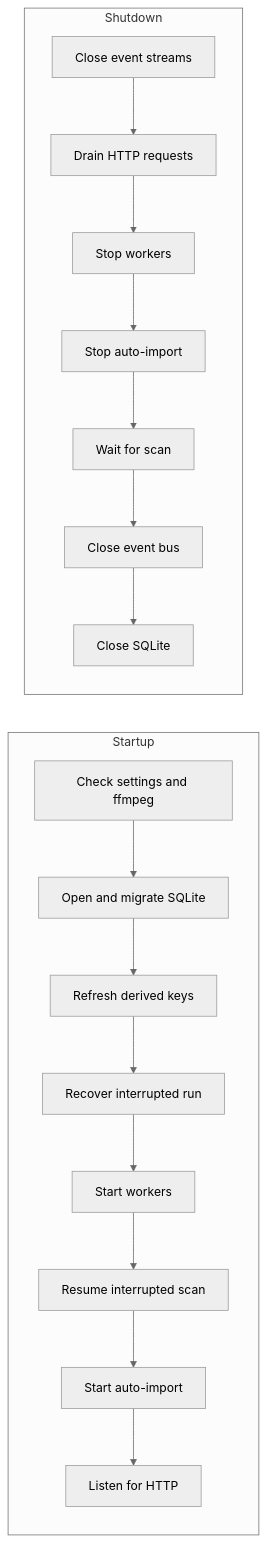
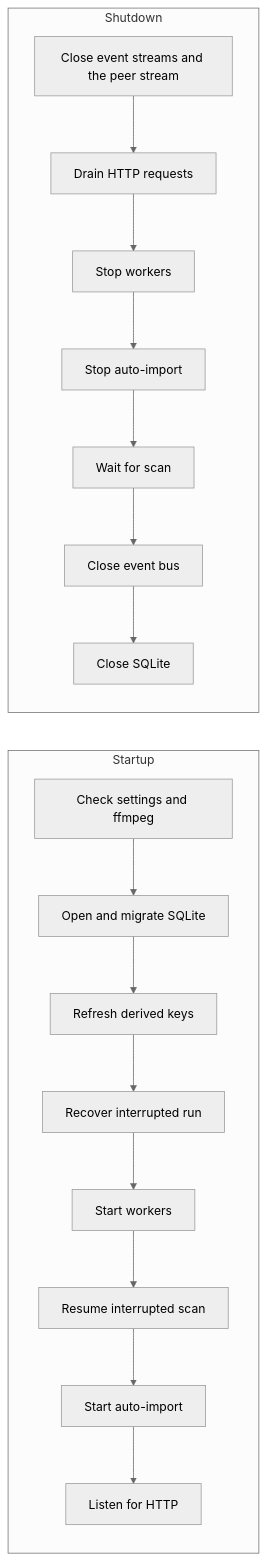
One commit to syudead/vv changed the first of 3 diagrams in docs/design-docs/process-lifecycle.md. Above: the diagram before and after it, drawn with Mermaid (neutral theme). The commit also changed other lines of this file and 21 other files, not shown here.

````diff
--- a/docs/design-docs/process-lifecycle.md
+++ b/docs/design-docs/process-lifecycle.md
@@ -11,22 +11,22 @@
 ```mermaid
 flowchart LR
   subgraph start[Startup]
     direction TB
     s1[Check settings and ffmpeg] --> s2[Open and migrate SQLite]
     s2 --> s3[Refresh derived keys]
     s3 --> s4[Recover interrupted run]
     s4 --> s5[Start workers]
     s5 --> s6[Resume interrupted scan]
     s6 --> s7[Start auto-import]
     s7 --> s8[Listen for HTTP]
   end
   subgraph stop[Shutdown]
     direction TB
-    t1[Close event streams] --> t2[Drain HTTP requests]
+    t1[Close event streams and the peer stream] --> t2[Drain HTTP requests]
     t2 --> t3[Stop workers]
     t3 --> t4[Stop auto-import]
     t4 --> t5[Wait for scan]
     t5 --> t6[Close event bus]
     t6 --> t7[Close SQLite]
   end
 ```
````
